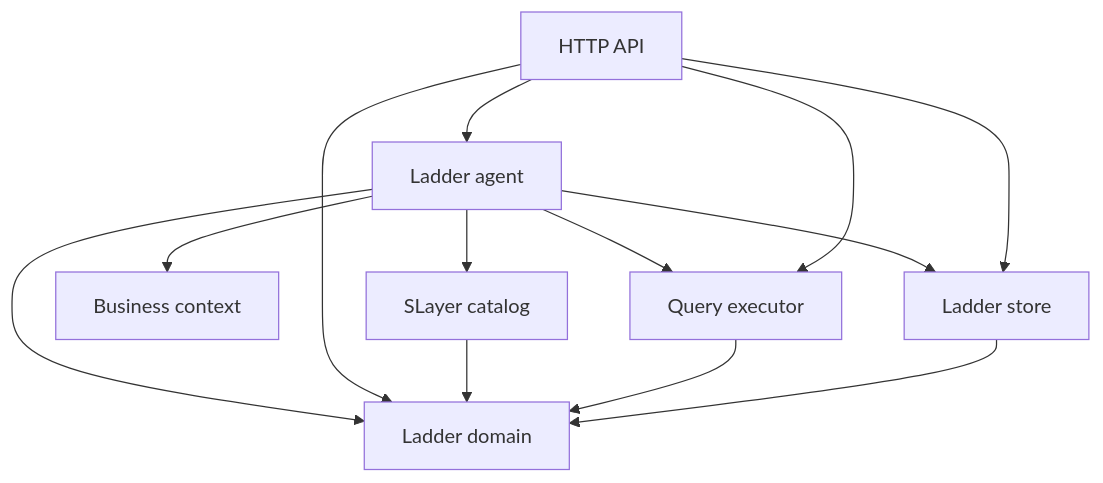
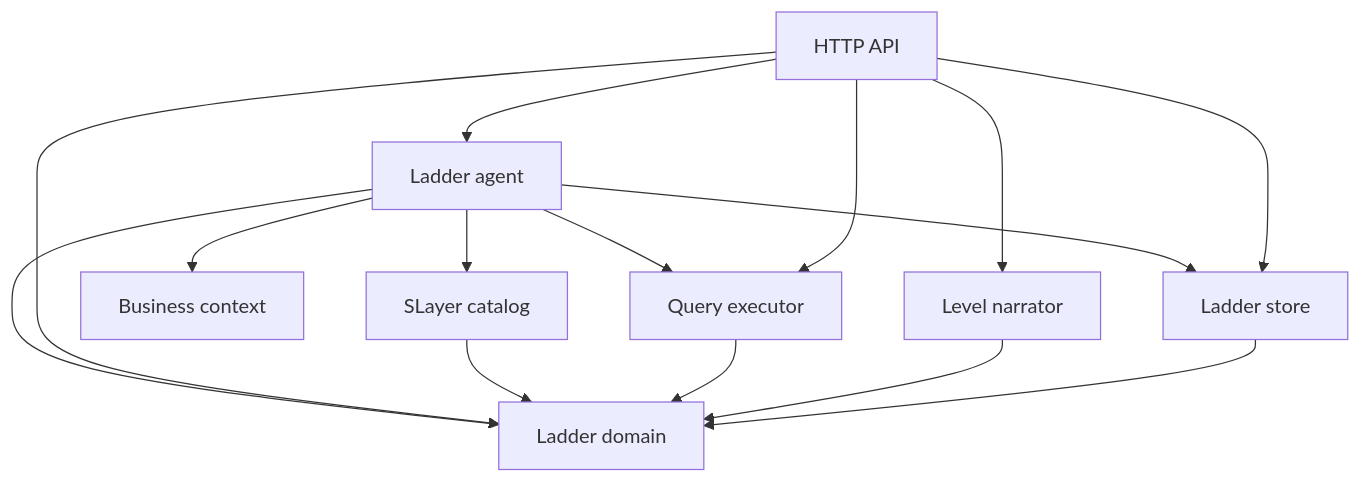
One commit to MotleyAI/galaxy-brain changed the first of 2 diagrams in architecture/system.arc42.md. Above: the diagram before and after it, drawn with Mermaid. The commit also changed other lines of this file and 34 other files, not shown here.

````diff
--- a/architecture/system.arc42.md
+++ b/architecture/system.arc42.md
@@ -13,23 +13,26 @@
 ```mermaid
 flowchart TD
   %% python: Backend
   agent["Ladder agent"]
   api["HTTP API"]
+  narrator["Level narrator"]
   catalog["SLayer catalog"]
   context["Business context"]
   core["Ladder domain"]
   executor["Query executor"]
   traces["Ladder store"]
   agent --> catalog
   agent --> context
   agent --> core
   agent --> executor
   agent --> traces
   api --> agent
   api --> core
   api --> executor
+  api --> narrator
   api --> traces
   catalog --> core
   executor --> core
+  narrator --> core
   traces --> core
 ```
````
